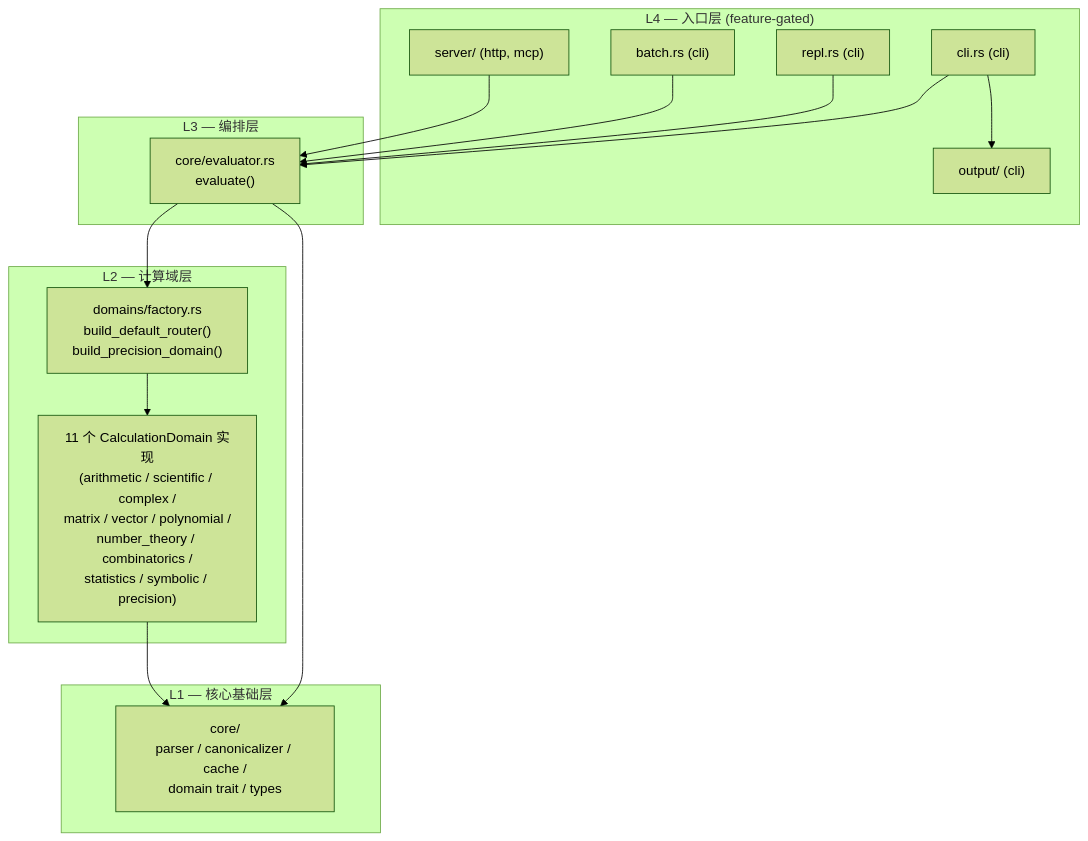
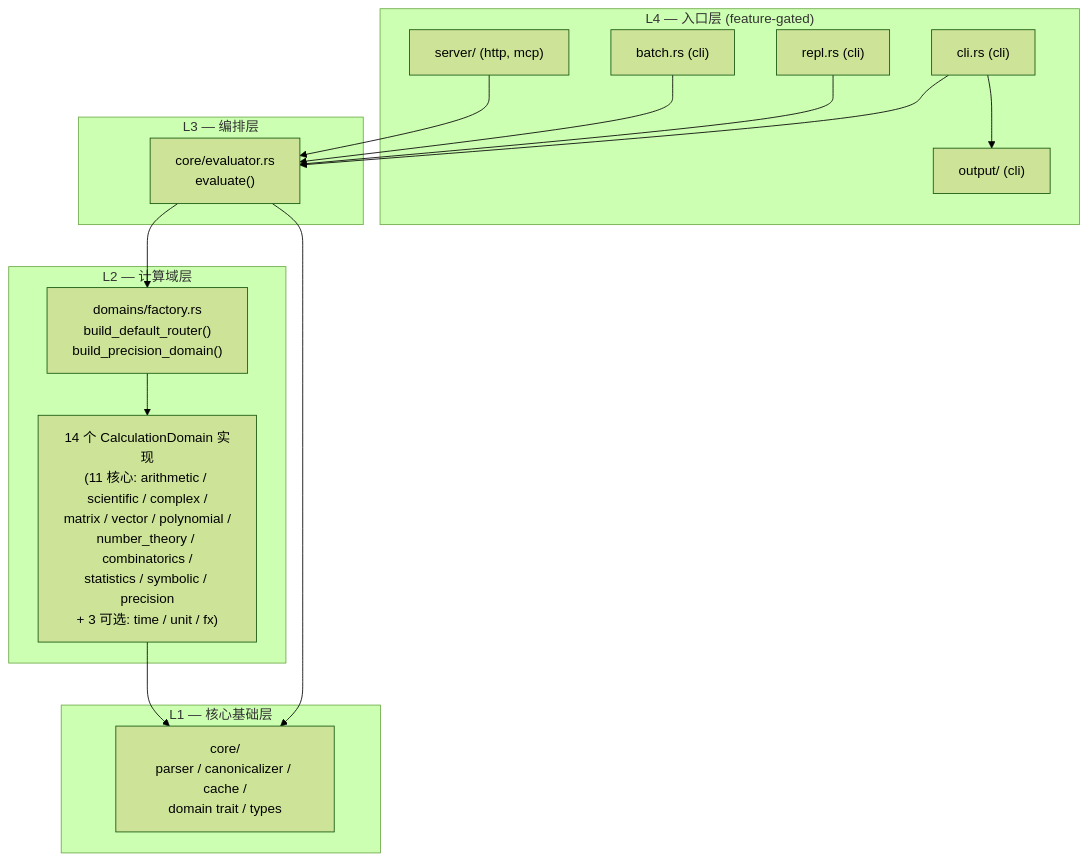
Before and after one commit to Kirky-X/calnexus: the first of 5 diagrams in docs/ARCHITECTURE.md, drawn with Mermaid (forest theme). The commit also changed other lines of this file and 16 other files, not shown here.

First line of the commit message:
feat: integrate time/unit/fx domains, CI matrix, docs sync

````diff
--- a/docs/ARCHITECTURE.md
+++ b/docs/ARCHITECTURE.md
@@ -10,33 +10,33 @@
 ```mermaid
 flowchart TD
     subgraph L4["L4 — 入口层 (feature-gated)"]
         CLI["cli.rs (cli)"]
         REPL["repl.rs (cli)"]
         BATCH["batch.rs (cli)"]
         SERVER["server/ (http, mcp)"]
         OUTPUT["output/ (cli)"]
     end
 
     subgraph L3["L3 — 编排层"]
         EVAL["core/evaluator.rs<br/>evaluate()"]
     end
 
     subgraph L2["L2 — 计算域层"]
         FACTORY["domains/factory.rs<br/>build_default_router()<br/>build_precision_domain()"]
-        DOMAINS["11 个 CalculationDomain 实现<br/>(arithmetic / scientific / complex /<br/>matrix / vector / polynomial /<br/>number_theory / combinatorics /<br/>statistics / symbolic / precision)"]
+        DOMAINS["14 个 CalculationDomain 实现<br/>(11 核心: arithmetic / scientific / complex /<br/>matrix / vector / polynomial /<br/>number_theory / combinatorics /<br/>statistics / symbolic / precision<br/>+ 3 可选: time / unit / fx)"]
     end
 
     subgraph L1["L1 — 核心基础层"]
         CORE["core/<br/>parser / canonicalizer / cache /<br/>domain trait / types"]
     end
 
     CLI --> EVAL
     REPL --> EVAL
     BATCH --> EVAL
     SERVER --> EVAL
     CLI --> OUTPUT
     EVAL --> FACTORY
     EVAL --> CORE
     FACTORY --> DOMAINS
     DOMAINS --> CORE
 ```
````
